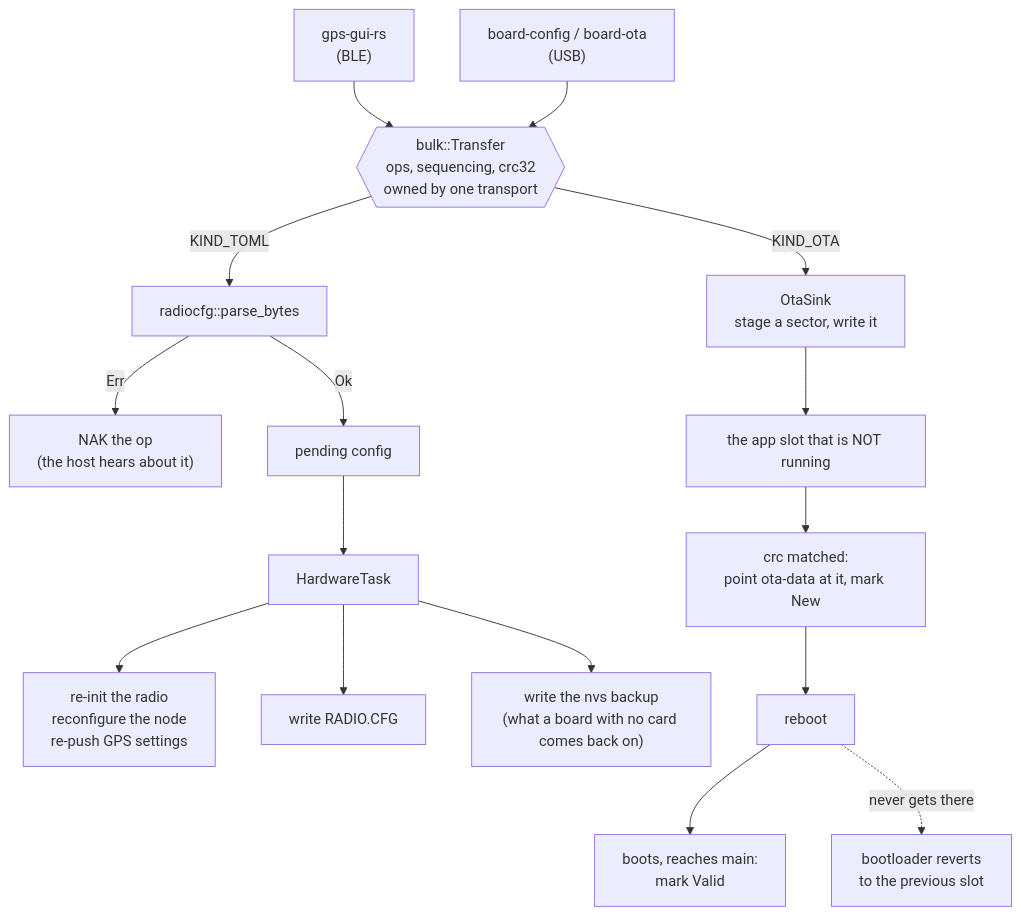
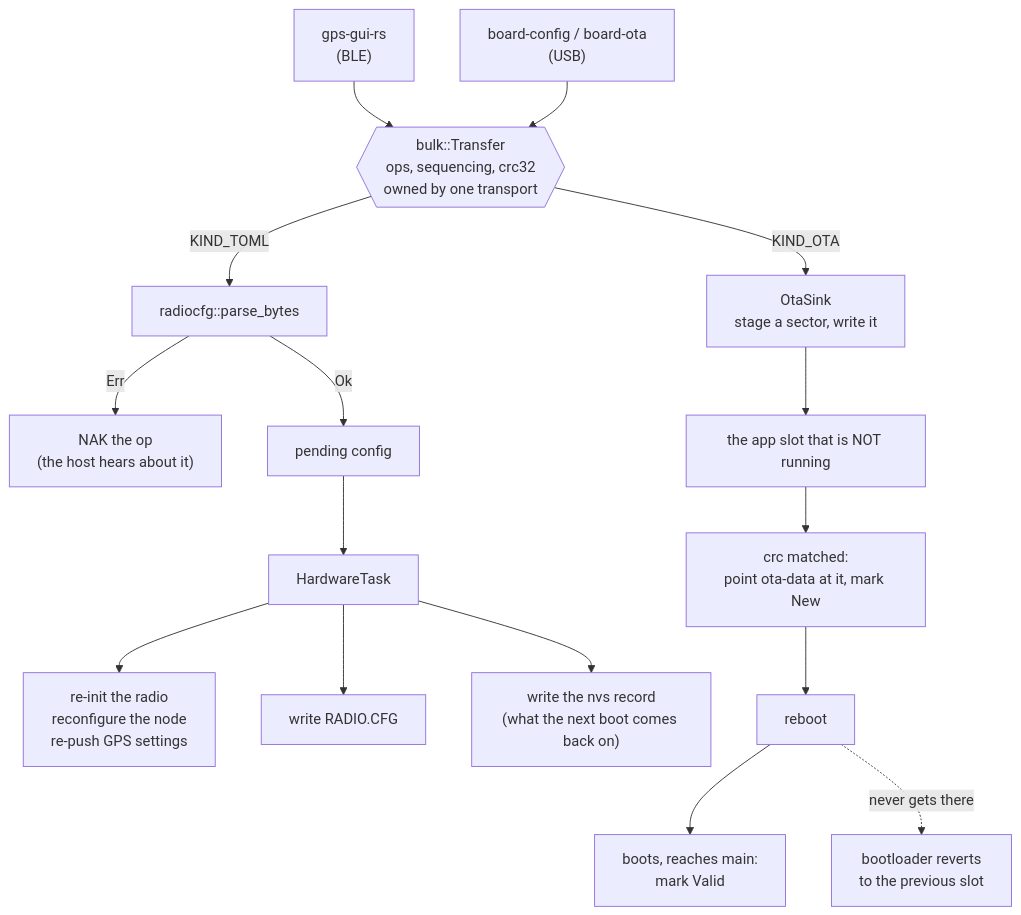
The seventh of 13 diagrams in ARCHITECTURE.md (Telemety-In-Midair/telemetry-in-midair-rs), drawn with Mermaid before and after one commit. The commit also changed other lines of this file and 16 other files, not shown here.

````diff
--- a/ARCHITECTURE.md
+++ b/ARCHITECTURE.md
@@ -582,22 +587,22 @@
 ```mermaid
 flowchart TB
     App["gps-gui-rs<br/>(BLE)"] --> Xfer
     Host["board-config / board-ota<br/>(USB)"] --> Xfer
 
     Xfer{{"bulk::Transfer<br/>ops, sequencing, crc32<br/>owned by one transport"}}
 
     Xfer -->|KIND_TOML| Parse["radiocfg::parse_bytes"]
     Parse -->|Err| Nak["NAK the op<br/>(the host hears about it)"]
     Parse -->|Ok| Pending["pending config"]
     Pending --> Hw["HardwareTask"]
     Hw --> Radio["re-init the radio<br/>reconfigure the node<br/>re-push GPS settings"]
     Hw --> Card["write RADIO.CFG"]
-    Hw --> Nvs["write the nvs backup<br/>(what a board with no card comes back on)"]
+    Hw --> Nvs["write the nvs record<br/>(what the next boot comes back on)"]
 
     Xfer -->|KIND_OTA| Sink["OtaSink<br/>stage a sector, write it"]
     Sink --> Slot["the app slot that is NOT running"]
     Slot --> Activate["crc matched:<br/>point ota-data at it, mark New"]
     Activate --> Boot["reboot"]
     Boot --> Confirm["boots, reaches main:<br/>mark Valid"]
     Boot -.->|never gets there| Rollback["bootloader reverts<br/>to the previous slot"]
 ```
````
